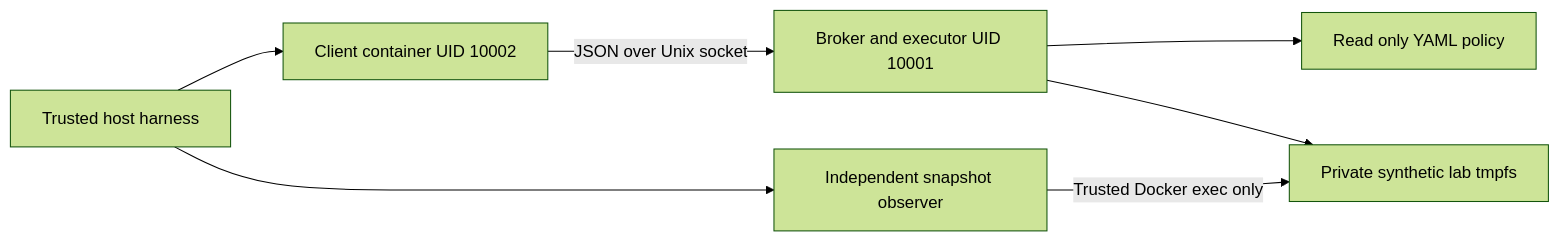
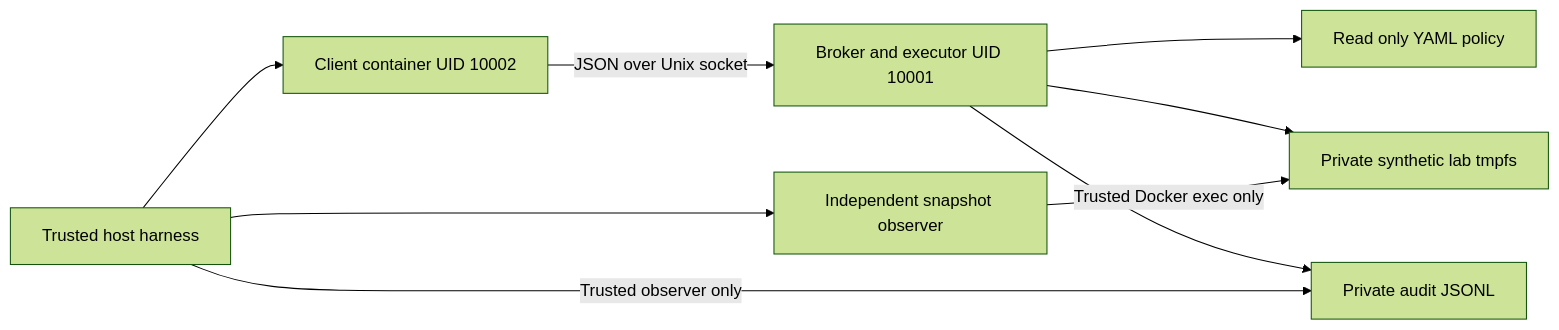
One commit to viralla-cup/agent-security-broker changed the diagram in README.md. Above: the diagram before and after it, drawn with Mermaid (forest theme). The commit also changed other lines of this file and 43 other files, not shown here.

````diff
--- a/README.md
+++ b/README.md
@@ -45,9 +45,11 @@
 ```mermaid
 flowchart LR
   R[Trusted host harness] --> C[Client container UID 10002]
   C -->|JSON over Unix socket| B[Broker and executor UID 10001]
   B --> P[Read only YAML policy]
   B --> F[Private synthetic lab tmpfs]
+  B --> A[Private audit JSONL]
+  R -->|Trusted observer only| A
   R --> O[Independent snapshot observer]
   O -->|Trusted Docker exec only| F
 ```
````
